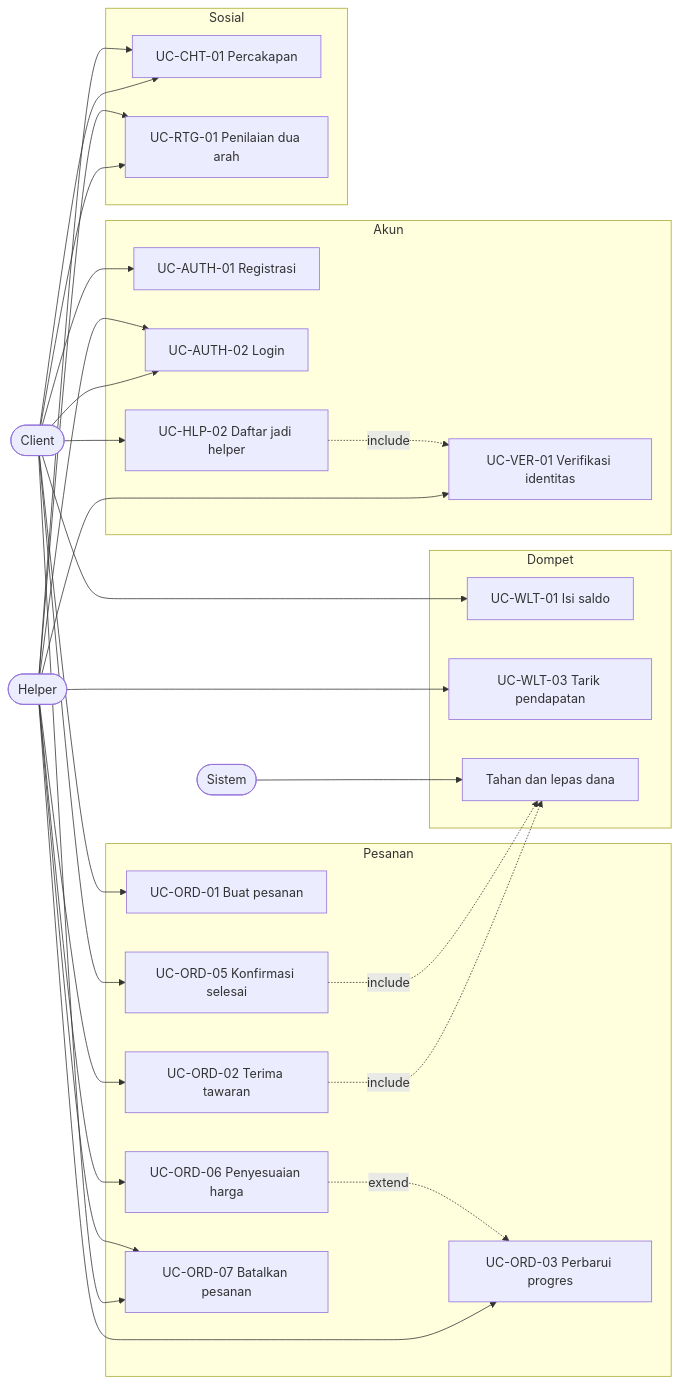
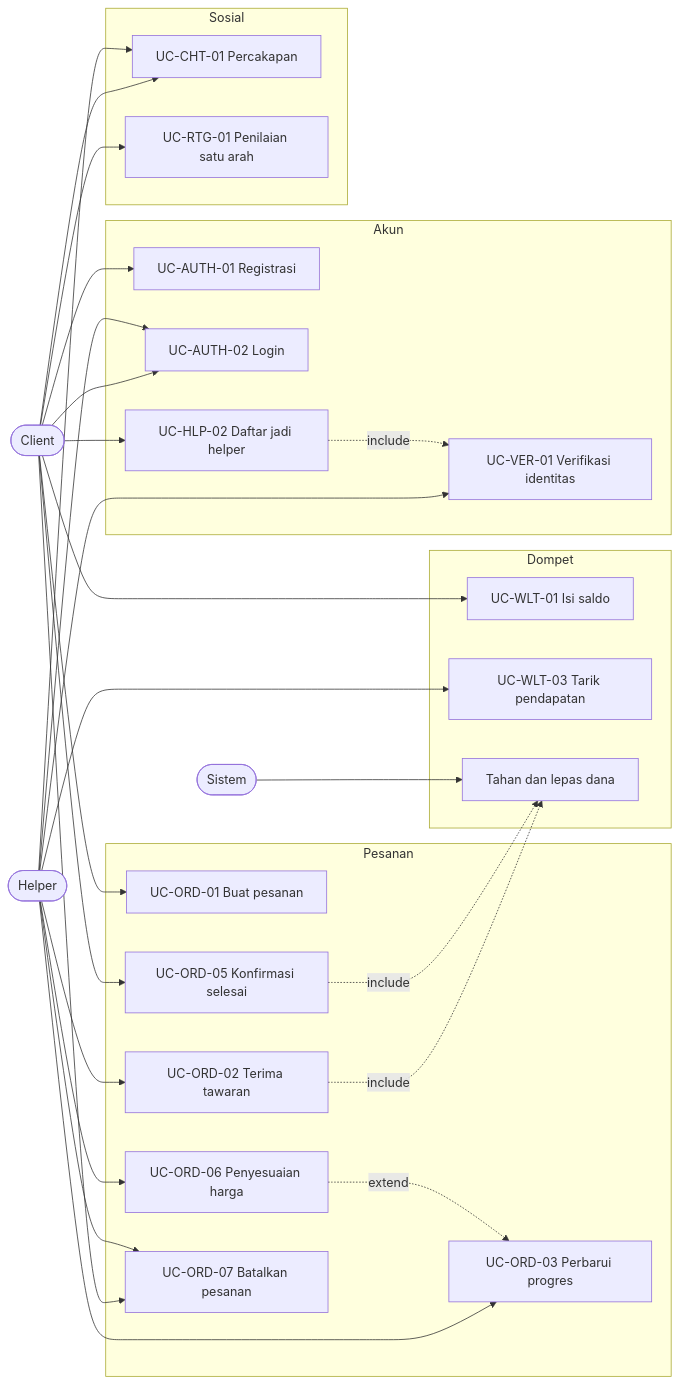
The diagram in docs/03_use-case-inventory.md (kaisaaru/tolongindong), drawn with Mermaid before and after one commit. The commit also changed other lines of this file and 10 other files, not shown here.

````diff
--- a/docs/03_use-case-inventory.md
+++ b/docs/03_use-case-inventory.md
@@ -42,41 +47,41 @@
 ```mermaid
 flowchart LR
     C(["Client"])
     H(["Helper"])
     S(["Sistem"])
 
     subgraph Akun
         UC1["UC-AUTH-01 Registrasi"]
         UC2["UC-AUTH-02 Login"]
         UC3["UC-HLP-02 Daftar jadi helper"]
         UC4["UC-VER-01 Verifikasi identitas"]
     end
 
     subgraph Pesanan
         UC5["UC-ORD-01 Buat pesanan"]
         UC6["UC-ORD-02 Terima tawaran"]
         UC7["UC-ORD-03 Perbarui progres"]
         UC8["UC-ORD-05 Konfirmasi selesai"]
         UC9["UC-ORD-06 Penyesuaian harga"]
         UC10["UC-ORD-07 Batalkan pesanan"]
     end
 
     subgraph Dompet
         UC11["UC-WLT-01 Isi saldo"]
         UC12["UC-WLT-03 Tarik pendapatan"]
         UC13["Tahan dan lepas dana"]
     end
 
     subgraph Sosial
         UC14["UC-CHT-01 Percakapan"]
-        UC15["UC-RTG-01 Penilaian dua arah"]
+        UC15["UC-RTG-01 Penilaian satu arah"]
     end
 
     C --> UC1 & UC2 & UC3 & UC5 & UC8 & UC10 & UC11 & UC14 & UC15
-    H --> UC2 & UC4 & UC6 & UC7 & UC9 & UC10 & UC12 & UC14 & UC15
+    H --> UC2 & UC4 & UC6 & UC7 & UC9 & UC10 & UC12 & UC14
     S --> UC13
     UC3 -.include.-> UC4
     UC6 -.include.-> UC13
     UC8 -.include.-> UC13
     UC9 -.extend.-> UC7
 ```
````
